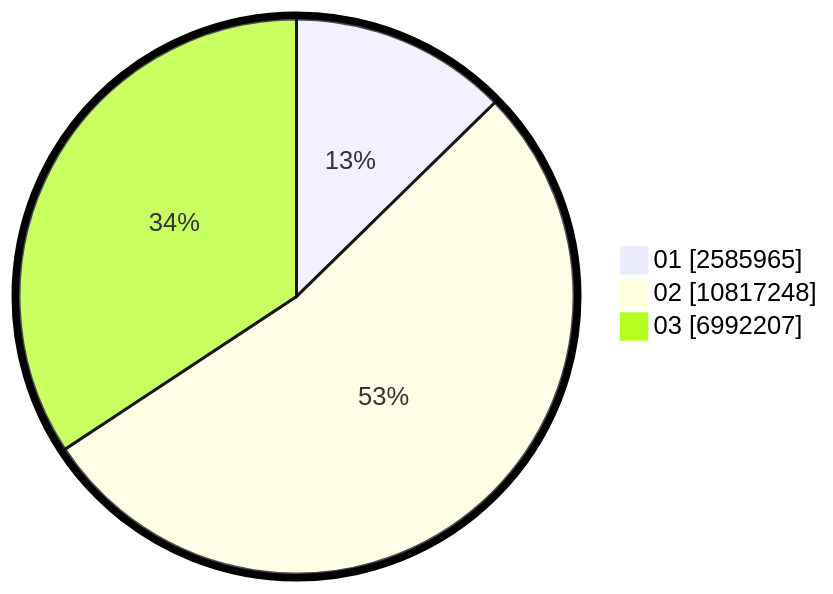
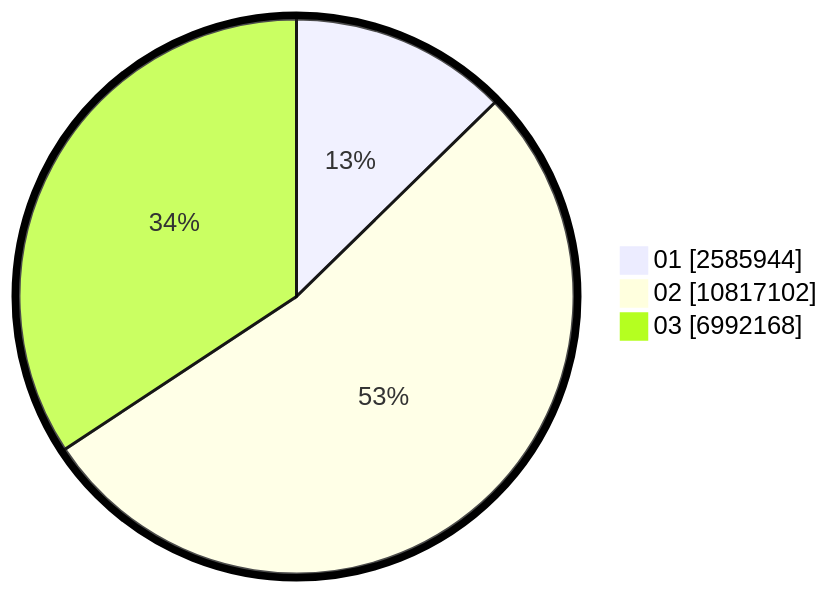
One commit to gigit-pemilu/pemilu-2024 changed the second of 2 diagrams in pilpres/hitung-suara/sub/table-wilayah-33.md. Above: the diagram before and after it, drawn with Mermaid. The commit also changed other lines of this file and 7 other files, not shown here.

````diff
--- a/pilpres/hitung-suara/sub/table-wilayah-33.md
+++ b/pilpres/hitung-suara/sub/table-wilayah-33.md
@@ -15,7 +15,7 @@
 ```mermaid
 %%{init: {"pie": {"textPosition": 0.5}, "themeVariables": {"pieOuterStrokeWidth": "5px"}} }%%
 pie showData
-    "01" : 2585965
-    "02" : 10817248
-    "03" : 6992207
+    "01" : 2585944
+    "02" : 10817102
+    "03" : 6992168
 ```
````
